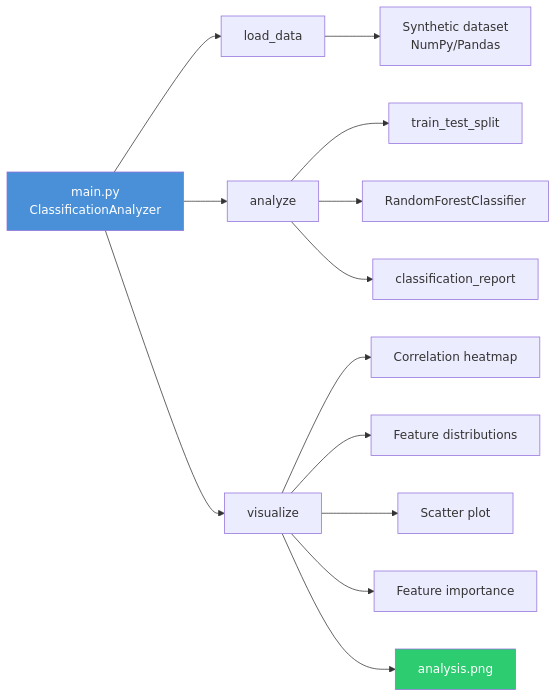
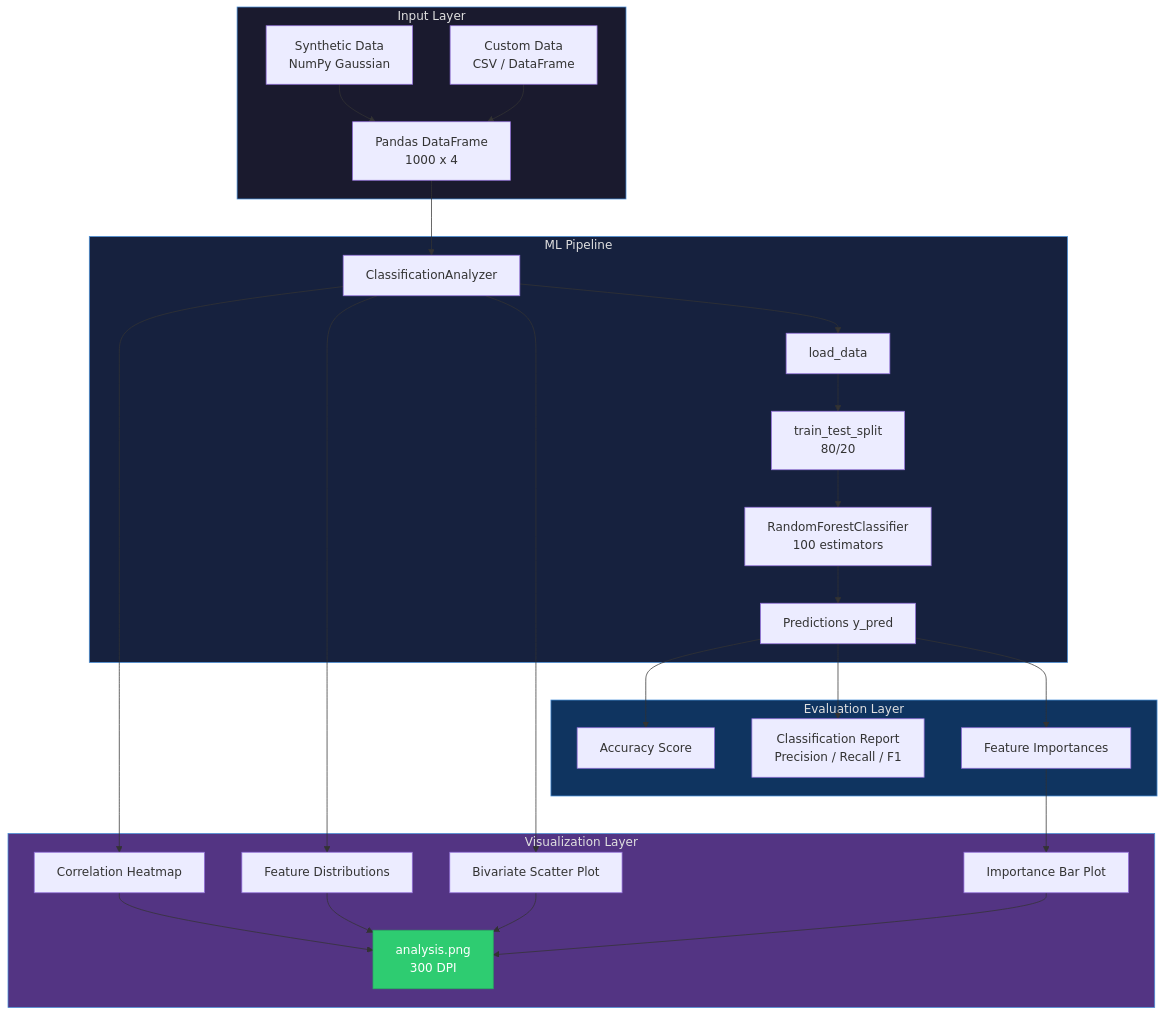
One commit to galafis/Deep-Learning-Neural-Networks changed the third of 4 diagrams in README.md. Above: the diagram before and after it, drawn with Mermaid. The commit also changed other lines of this file and 1 other file, not shown here.

````diff
--- a/README.md
+++ b/README.md
@@ -128,19 +302,35 @@
 ```mermaid
-graph LR
-    A[main.py<br>ClassificationAnalyzer] --> B[load_data]
-    A --> C[analyze]
-    A --> D[visualize]
+graph TD
+    subgraph Input["Input Layer"]
+        A[Synthetic Data<br>NumPy Gaussian] --> B[Pandas DataFrame<br>1000 x 4]
+        A2[Custom Data<br>CSV / DataFrame] --> B
+    end
 
-    B --> B1[Synthetic dataset<br>NumPy/Pandas]
-    C --> C1[train_test_split]
-    C --> C2[RandomForestClassifier]
-    C --> C3[classification_report]
-    D --> D1[Correlation heatmap]
-    D --> D2[Feature distributions]
-    D --> D3[Scatter plot]
-    D --> D4[Feature importance]
-    D --> D5[analysis.png]
+    subgraph Core["ML Pipeline"]
+        B --> C[ClassificationAnalyzer]
+        C --> D[load_data]
+        D --> E[train_test_split<br>80/20]
+        E --> F[RandomForestClassifier<br>100 estimators]
+        F --> G[Predictions y_pred]
+    end
 
-    style A fill:#4a90d9,color:#fff
-    style D5 fill:#2ecc71,color:#fff
+    subgraph Evaluation["Evaluation Layer"]
+        G --> H[Accuracy Score]
+        G --> I[Classification Report<br>Precision / Recall / F1]
+        G --> J[Feature Importances]
+    end
+
+    subgraph Viz["Visualization Layer"]
+        C --> K[Correlation Heatmap]
+        C --> L[Feature Distributions]
+        C --> M[Bivariate Scatter Plot]
+        J --> N[Importance Bar Plot]
+        K & L & M & N --> O[analysis.png<br>300 DPI]
+    end
+
+    style Input fill:#1a1a2e,color:#e0e0e0,stroke:#4a90d9
+    style Core fill:#16213e,color:#e0e0e0,stroke:#4a90d9
+    style Evaluation fill:#0f3460,color:#e0e0e0,stroke:#4a90d9
+    style Viz fill:#533483,color:#e0e0e0,stroke:#4a90d9
+    style O fill:#2ecc71,color:#fff,stroke:#27ae60
 ```
````
